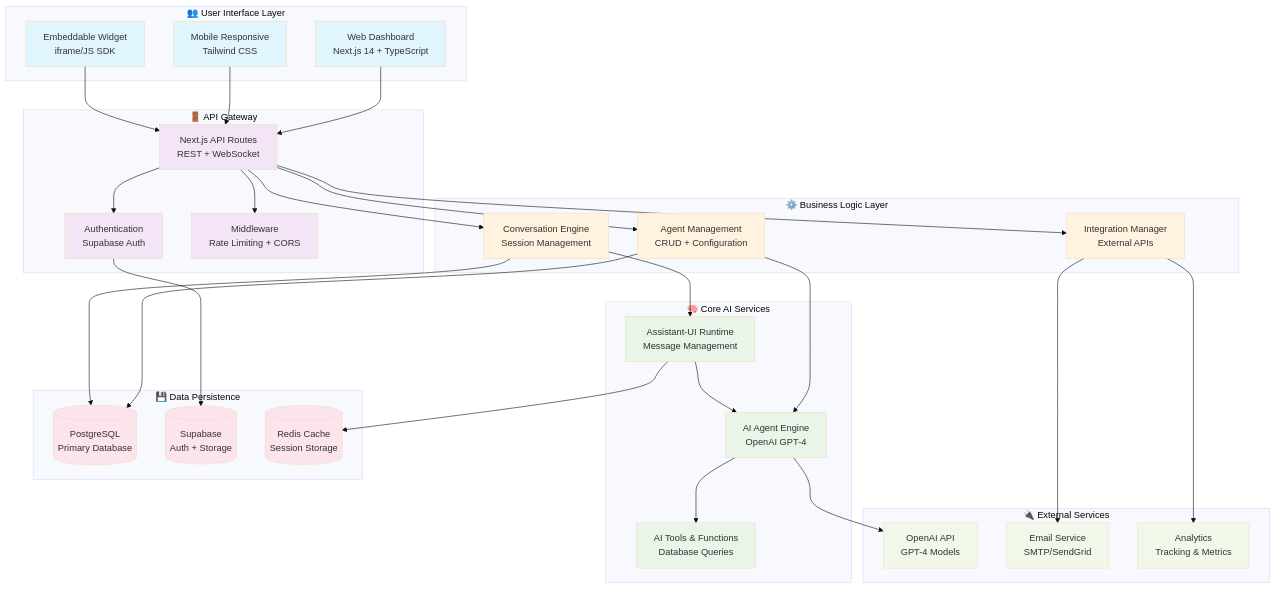
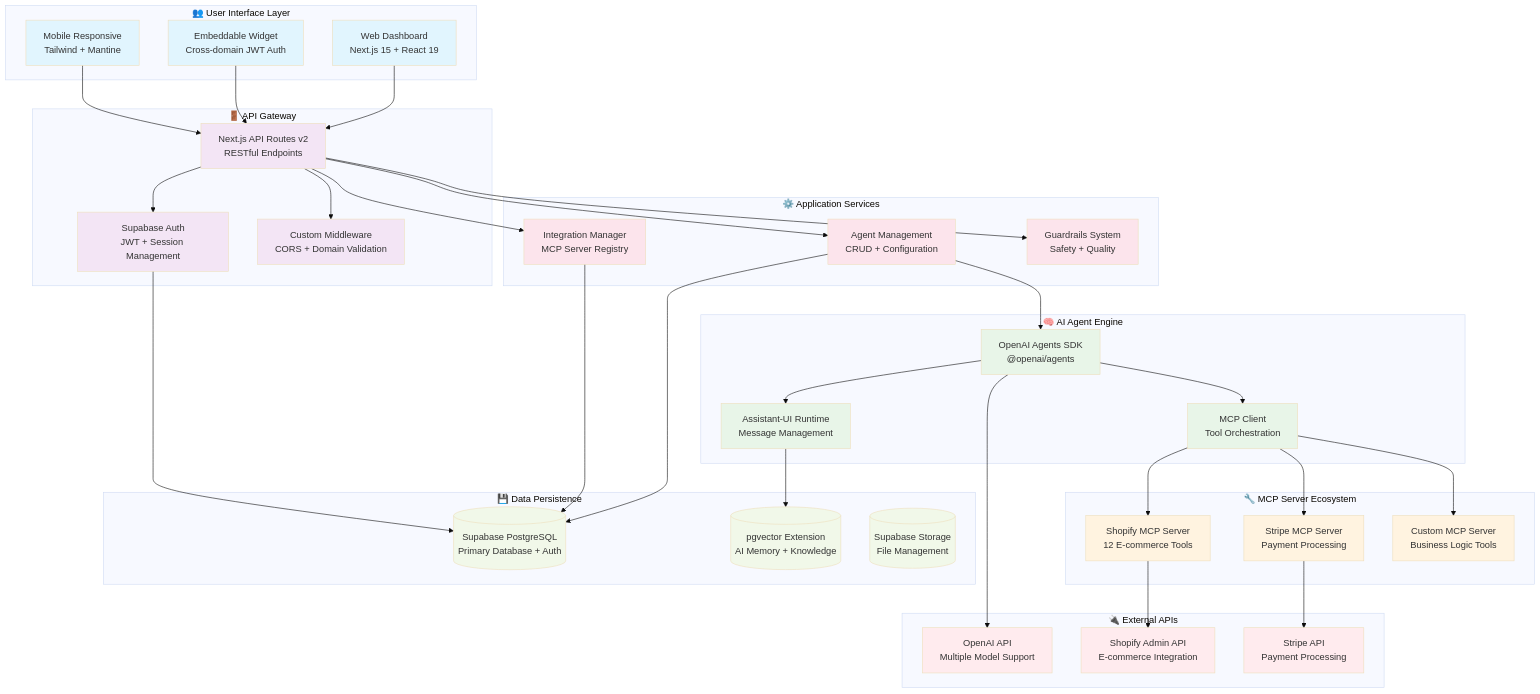
One commit to Parham-dev/ai-agent-cs changed the first of 7 diagrams in docs/ARCHITECTURE.md. Above: the diagram before and after it, drawn with Mermaid (base theme). The commit also changed other lines of this file and 1 other file, not shown here.

````diff
--- a/docs/ARCHITECTURE.md
+++ b/docs/ARCHITECTURE.md
@@ -6,83 +6,95 @@
 graph TB
     %% User Layer
     subgraph "👥 User Interface Layer"
-        UI[Web Dashboard<br/>Next.js 14 + TypeScript]
-        Mobile[Mobile Responsive<br/>Tailwind CSS]
-        Widget[Embeddable Widget<br/>iframe/JS SDK]
+        Dashboard[Web Dashboard<br/>Next.js 15 + React 19]
+        Widget[Embeddable Widget<br/>Cross-domain JWT Auth]
+        Mobile[Mobile Responsive<br/>Tailwind + Mantine]
     end
 
-    %% API Gateway
+    %% API Layer
     subgraph "🚪 API Gateway"
-        API[Next.js API Routes<br/>REST + WebSocket]
-        Auth[Authentication<br/>Supabase Auth]
-        MW[Middleware<br/>Rate Limiting + CORS]
+        API[Next.js API Routes v2<br/>RESTful Endpoints]
+        Auth[Supabase Auth<br/>JWT + Session Management]
+        MW[Custom Middleware<br/>CORS + Domain Validation]
     end
 
-    %% Core Services
-    subgraph "🧠 Core AI Services"
-        Agent[AI Agent Engine<br/>OpenAI GPT-4]
-        Runtime[Assistant-UI Runtime<br/>Message Management]
-        Tools[AI Tools & Functions<br/>Database Queries]
+    %% Core AI Layer
+    subgraph "🧠 AI Agent Engine"
+        AgentRuntime[OpenAI Agents SDK<br/>@openai/agents]
+        AssistantUI[Assistant-UI Runtime<br/>Message Management]
+        MCPClient[MCP Client<br/>Tool Orchestration]
+    end
+
+    %% MCP Integration Layer
+    subgraph "🔧 MCP Server Ecosystem"
+        ShopifyMCP[Shopify MCP Server<br/>12 E-commerce Tools]
+        StripeMCP[Stripe MCP Server<br/>Payment Processing]
+        CustomMCP[Custom MCP Server<br/>Business Logic Tools]
     end
 
     %% Business Logic
-    subgraph "⚙️ Business Logic Layer"
+    subgraph "⚙️ Application Services"
         AgentMgmt[Agent Management<br/>CRUD + Configuration]
-        ConvMgmt[Conversation Engine<br/>Session Management]
-        IntMgmt[Integration Manager<br/>External APIs]
+        IntegrationMgmt[Integration Manager<br/>MCP Server Registry]
+        GuardrailEngine[Guardrails System<br/>Safety + Quality]
     end
 
     %% Data Layer
     subgraph "💾 Data Persistence"
-        PG[(PostgreSQL<br/>Primary Database)]
-        Supabase[(Supabase<br/>Auth + Storage)]
-        Cache[(Redis Cache<br/>Session Storage)]
+        Supabase[(Supabase PostgreSQL<br/>Primary Database + Auth)]
+        PGVector[(pgvector Extension<br/>AI Memory + Knowledge)]
+        FileStorage[(Supabase Storage<br/>File Management)]
     end
 
-    %% External Integrations
-    subgraph "🔌 External Services"
-        OpenAI[OpenAI API<br/>GPT-4 Models]
-        Email[Email Service<br/>SMTP/SendGrid]
-        Analytics[Analytics<br/>Tracking & Metrics]
+    %% External Services
+    subgraph "🔌 External APIs"
+        OpenAI[OpenAI API<br/>Multiple Model Support]
+        ShopifyAPI[Shopify Admin API<br/>E-commerce Integration]
+        StripeAPI[Stripe API<br/>Payment Processing]
     end
 
     %% Connections
-    UI --> API
+    Dashboard --> API
+    Widget --> API
     Mobile --> API
-    Widget --> API
     
     API --> Auth
     API --> MW
     API --> AgentMgmt
-    API --> ConvMgmt
-    API --> IntMgmt
+    API --> IntegrationMgmt
+    API --> GuardrailEngine
     
-    AgentMgmt --> Agent
-    ConvMgmt --> Runtime
-    Runtime --> Agent
-    Agent --> Tools
+    AgentMgmt --> AgentRuntime
+    AgentRuntime --> AssistantUI
+    AgentRuntime --> MCPClient
     
-    Agent --> OpenAI
-    IntMgmt --> Email
-    IntMgmt --> Analytics
+    MCPClient --> ShopifyMCP
+    MCPClient --> StripeMCP
+    MCPClient --> CustomMCP
     
-    AgentMgmt --> PG
-    ConvMgmt --> PG
+    ShopifyMCP --> ShopifyAPI
+    StripeMCP --> StripeAPI
+    AgentRuntime --> OpenAI
+    
+    AgentMgmt --> Supabase
+    IntegrationMgmt --> Supabase
+    AssistantUI --> PGVector
     Auth --> Supabase
-    Runtime --> Cache
     
     %% Styling
     classDef userLayer fill:#e1f5fe
     classDef apiLayer fill:#f3e5f5
-    classDef coreLayer fill:#e8f5e8
-    classDef businessLayer fill:#fff3e0
-    classDef dataLayer fill:#fce4ec
-    classDef externalLayer fill:#f1f8e9
+    classDef aiLayer fill:#e8f5e8
+    classDef mcpLayer fill:#fff3e0
+    classDef businessLayer fill:#fce4ec
+    classDef dataLayer fill:#f1f8e9
+    classDef externalLayer fill:#ffebee
     
-    class UI,Mobile,Widget userLayer
+    class Dashboard,Widget,Mobile userLayer
     class API,Auth,MW apiLayer
-    class Agent,Runtime,Tools coreLayer
-    class AgentMgmt,ConvMgmt,IntMgmt businessLayer
-    class PG,Supabase,Cache dataLayer
-    class OpenAI,Email,Analytics externalLayer
+    class AgentRuntime,AssistantUI,MCPClient aiLayer
+    class ShopifyMCP,StripeMCP,CustomMCP mcpLayer
+    class AgentMgmt,IntegrationMgmt,GuardrailEngine businessLayer
+    class Supabase,PGVector,FileStorage dataLayer
+    class OpenAI,ShopifyAPI,StripeAPI externalLayer
 ```
````
